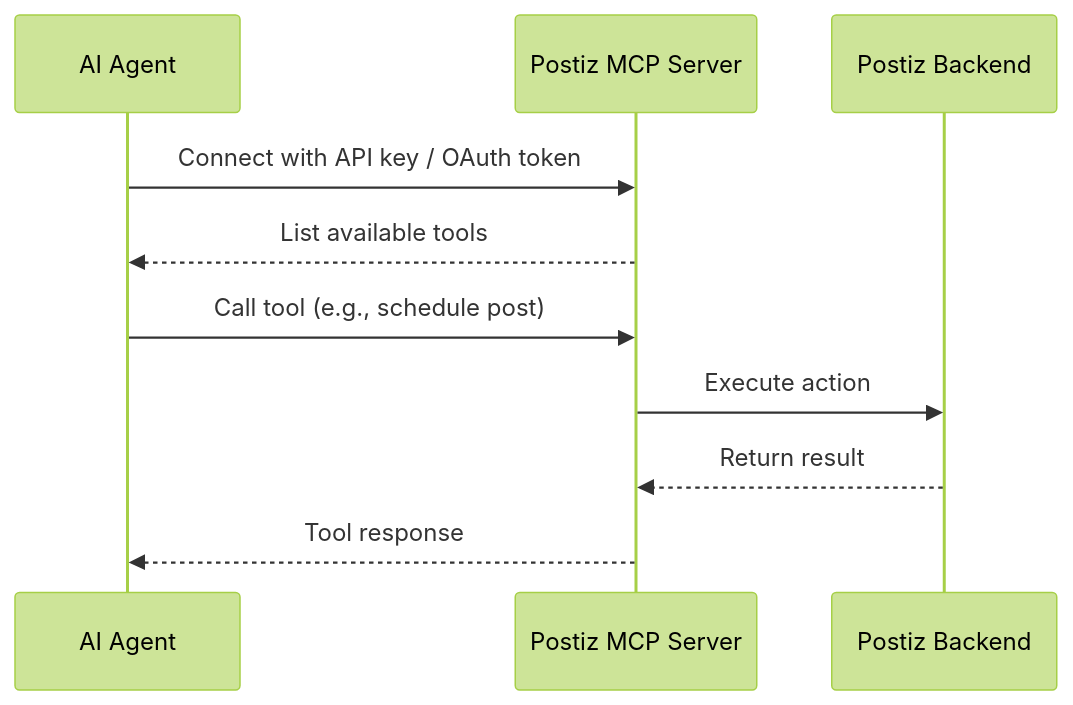
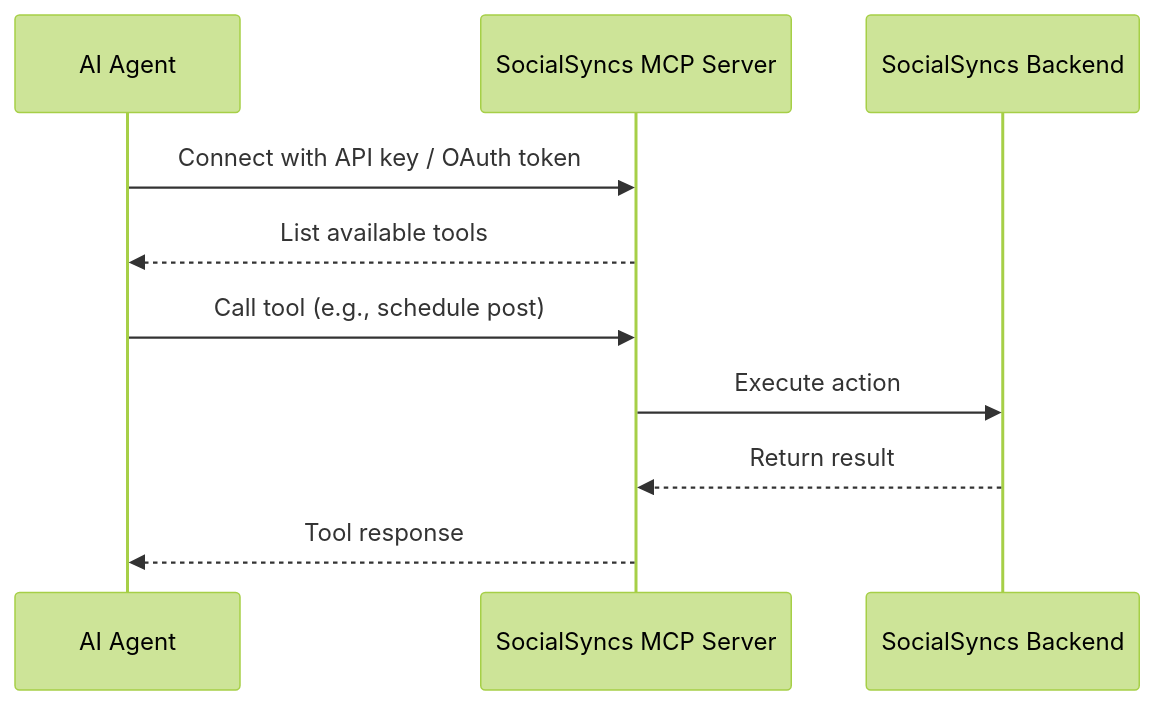
One commit to lakshit77/socialsyncs-docs changed the diagram in mcp/introduction.mdx. Above: the diagram before and after it, drawn with Mermaid (forest theme). The commit also changed other lines of this file and 32 other files, not shown here.

First line of the commit message:
Rebrand synced upstream docs to SocialSyncs

````diff
--- a/mcp/introduction.mdx
+++ b/mcp/introduction.mdx
@@ -14,13 +14,13 @@
 ```mermaid
 sequenceDiagram
     participant Agent as AI Agent
-    participant MCP as Postiz MCP Server
-    participant Postiz as Postiz Backend
+    participant MCP as SocialSyncs MCP Server
+    participant SocialSyncs as SocialSyncs Backend
 
     Agent->>MCP: Connect with API key / OAuth token
     MCP-->>Agent: List available tools
     Agent->>MCP: Call tool (e.g., schedule post)
-    MCP->>Postiz: Execute action
-    Postiz-->>MCP: Return result
+    MCP->>SocialSyncs: Execute action
+    SocialSyncs-->>MCP: Return result
     MCP-->>Agent: Tool response
 ```
````
